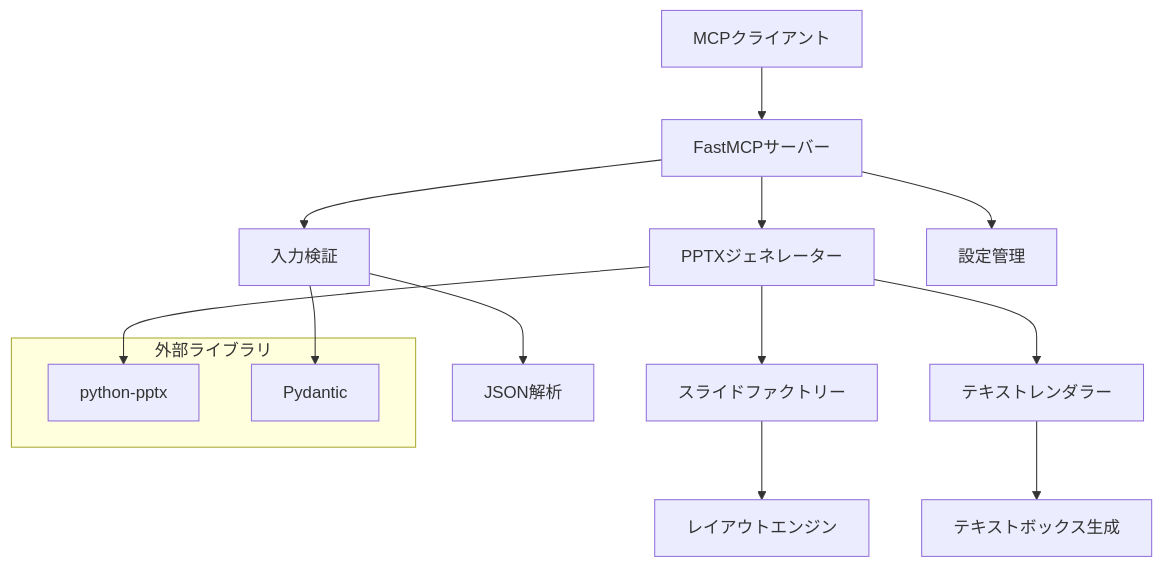
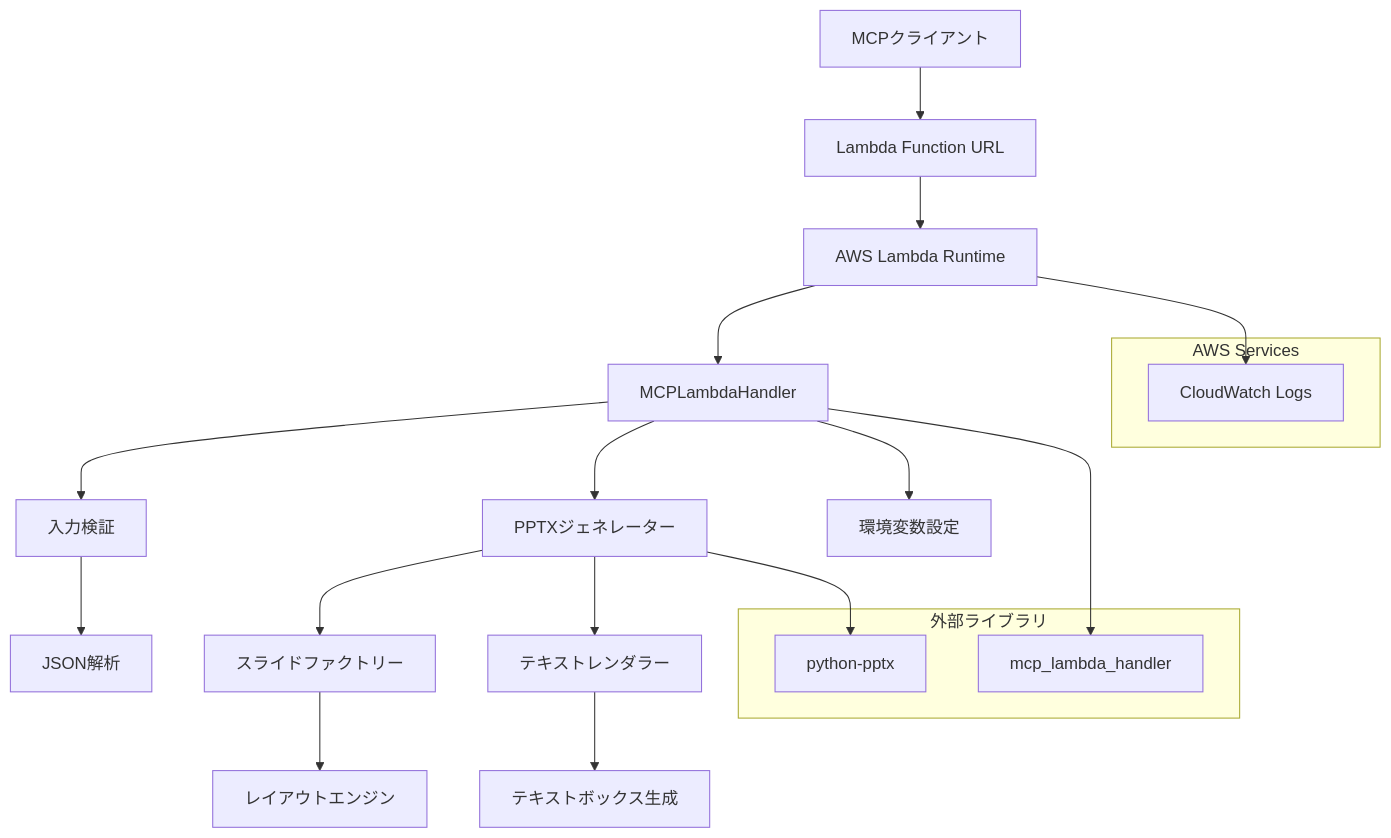
Before and after one commit to hitsumabushi334/image-extracter: the first of 4 diagrams in .kiro/specs/pptx-textbox-mcp/design.md, drawn with Mermaid. The commit also changed other lines of this file and 6 other files, not shown here.

Commit message:
feat: AWS Lambda対応のpptx-textbox-mcpサーバーの実装を更新し、mcp_lambda_handlerを統合

````diff
--- a/.kiro/specs/pptx-textbox-mcp/design.md
+++ b/.kiro/specs/pptx-textbox-mcp/design.md
@@ -26,22 +27,29 @@
 ```mermaid
 graph TB
-    Client[MCPクライアント] --> Server[FastMCPサーバー]
-    Server --> Validator[入力検証]
-    Server --> Generator[PPTXジェネレーター]
-    Server --> Config[設定管理]
+    Client[MCPクライアント] --> URL[Lambda Function URL]
+    URL --> Lambda[AWS Lambda Runtime]
+    Lambda --> Handler[MCPLambdaHandler]
+    Handler --> Validator[入力検証]
+    Handler --> Generator[PPTXジェネレーター]
+    Handler --> Config[環境変数設定]
     
     Validator --> Parser[JSON解析]
     Generator --> Factory[スライドファクトリー]
     Generator --> Renderer[テキストレンダラー]
     
     Factory --> Layout[レイアウトエンジン]
     Renderer --> TextBox[テキストボックス生成]
     
     subgraph "外部ライブラリ"
         PythonPPTX[python-pptx]
-        Pydantic[Pydantic]
+        MCPLib[mcp_lambda_handler]
+    end
+    
+    subgraph "AWS Services"
+        CloudWatch[CloudWatch Logs]
     end
     
     Generator --> PythonPPTX
-    Validator --> Pydantic
+    Handler --> MCPLib
+    Lambda --> CloudWatch
 ```
````
